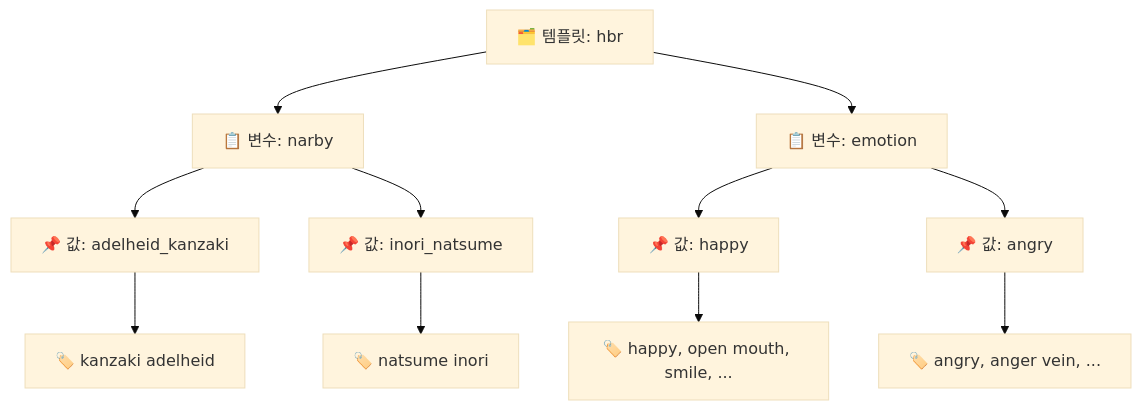
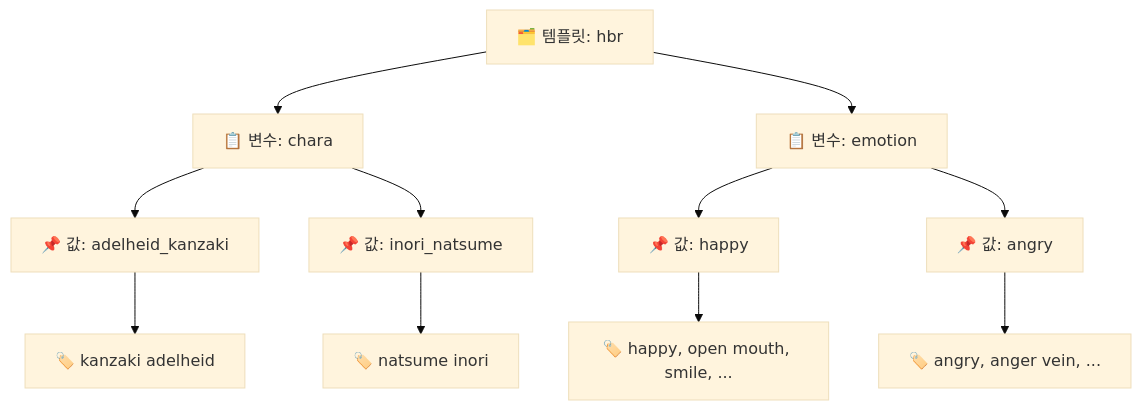
The second of 3 diagrams in README.md (InoriNatsume/ExifBasedWorker), drawn with Mermaid (base theme) before and after one commit. The commit also changed other lines of this file, not shown here.

Commit message:
readme validation, narby=>chara

````diff
--- a/README.md
+++ b/README.md
@@ -72,22 +72,22 @@
 ```mermaid
 flowchart TB
     P["🗂️ 템플릿: hbr"]
-    V1["📋 변수: narby"]
+    V1["📋 변수: chara"]
     V2["📋 변수: emotion"]
     VV1["📌 값: adelheid_kanzaki"]
     VV2["📌 값: inori_natsume"]
     VV3["📌 값: happy"]
     VV4["📌 값: angry"]
     T1["🏷️ kanzaki adelheid"]
     T2["🏷️ natsume inori"]
     T3["🏷️ happy, open mouth, smile, ..."]
     T4["🏷️ angry, anger vein, ..."]
 
     P --> V1 & V2
     V1 --> VV1 & VV2
     V2 --> VV3 & VV4
     VV1 --> T1
     VV2 --> T2
     VV3 --> T3
     VV4 --> T4
 ```
````
